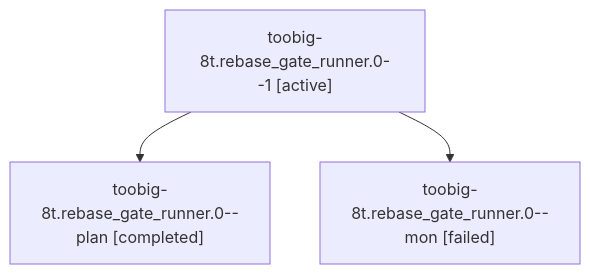
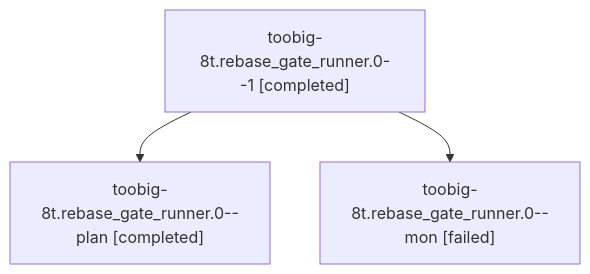
Before and after one commit to sase-org/sase--agents: the diagram in sessions/bbugyi200.athena.toobig-8t.rebase_gate_runner.0.md, drawn with Mermaid. The commit also changed other lines of this file and 62 other files, not shown here.

````diff
--- a/sessions/bbugyi200.athena.toobig-8t.rebase_gate_runner.0.md
+++ b/sessions/bbugyi200.athena.toobig-8t.rebase_gate_runner.0.md
@@ -9,8 +9,8 @@
 ```mermaid
 flowchart TD
-  n0["toobig-8t.rebase_gate_runner.0--1 [active]"]
+  n0["toobig-8t.rebase_gate_runner.0--1 [completed]"]
   n1["toobig-8t.rebase_gate_runner.0--plan [completed]"]
   n0 --> n1
   n2["toobig-8t.rebase_gate_runner.0--mon [failed]"]
   n0 --> n2
 ```
````
